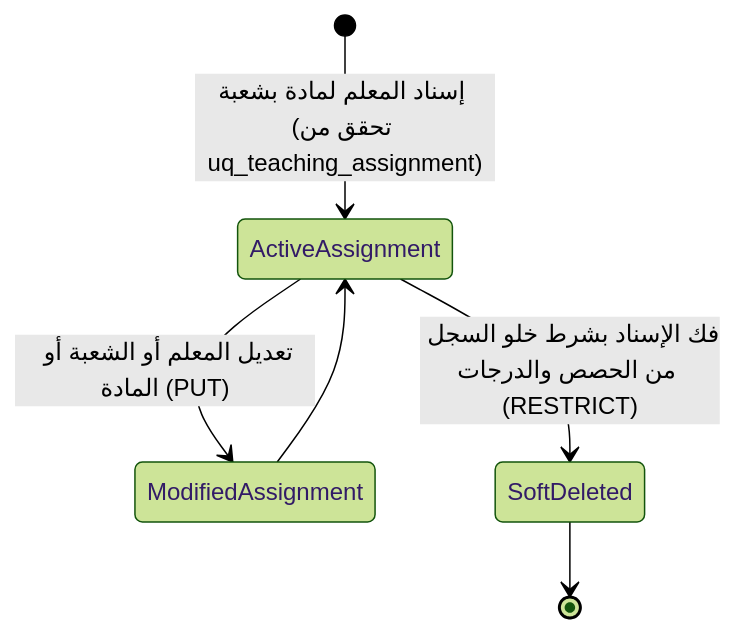
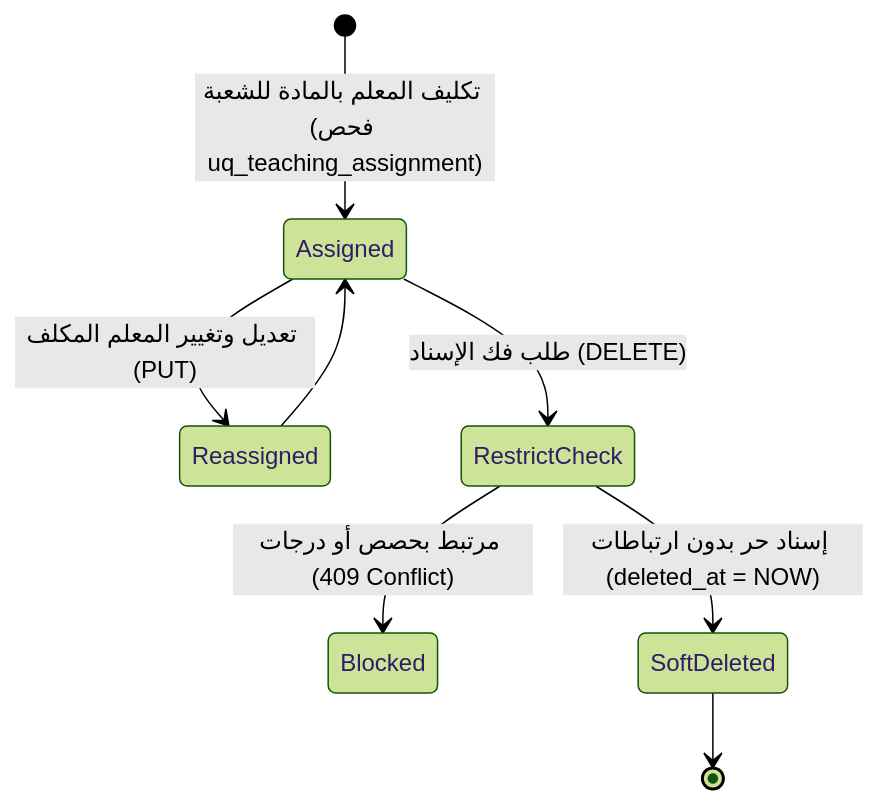
Before and after one commit to alalemusa98-ctrl/Taqniya-SMS: the diagram in MD/phases/phase_03_teachers_assignments_b/backend.md, drawn with Mermaid (forest theme). The commit also changed other lines of this file and 6 other files, not shown here.

````diff
--- a/MD/phases/phase_03_teachers_assignments_b/backend.md
+++ b/MD/phases/phase_03_teachers_assignments_b/backend.md
@@ -57,8 +56,10 @@
 ```mermaid
 stateDiagram-v2
-    [*] --> ActiveAssignment: إسناد المعلم لمادة بشعبة (تحقق من uq_teaching_assignment)
-    ActiveAssignment --> ModifiedAssignment: تعديل المعلم أو الشعبة أو المادة (PUT)
-    ModifiedAssignment --> ActiveAssignment
-    ActiveAssignment --> SoftDeleted: فك الإسناد بشرط خلو السجل من الحصص والدرجات (RESTRICT)
+    [*] --> Assigned: تكليف المعلم بالمادة للشعبة (فحص uq_teaching_assignment)
+    Assigned --> Reassigned: تعديل وتغيير المعلم المكلف (PUT)
+    Reassigned --> Assigned
+    Assigned --> RestrictCheck: طلب فك الإسناد (DELETE)
+    RestrictCheck --> Blocked: مرتبط بحصص أو درجات (409 Conflict)
+    RestrictCheck --> SoftDeleted: إسناد حر بدون ارتباطات (deleted_at = NOW)
     SoftDeleted --> [*]
 ```
````
